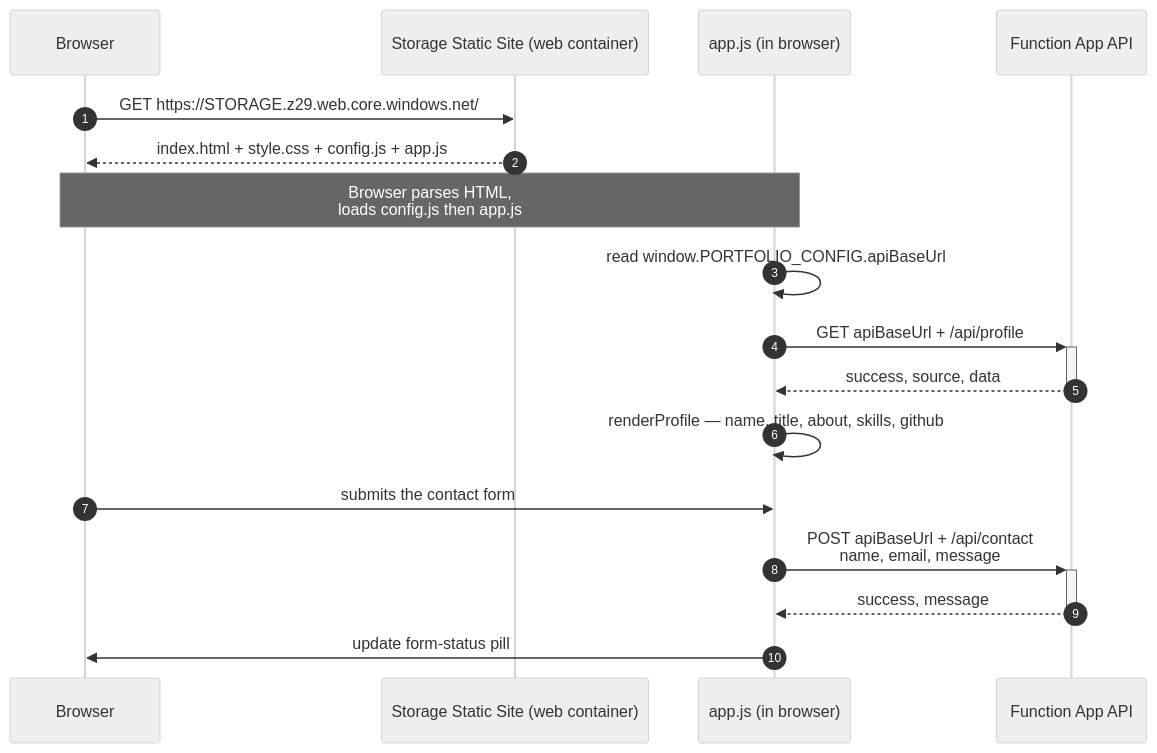
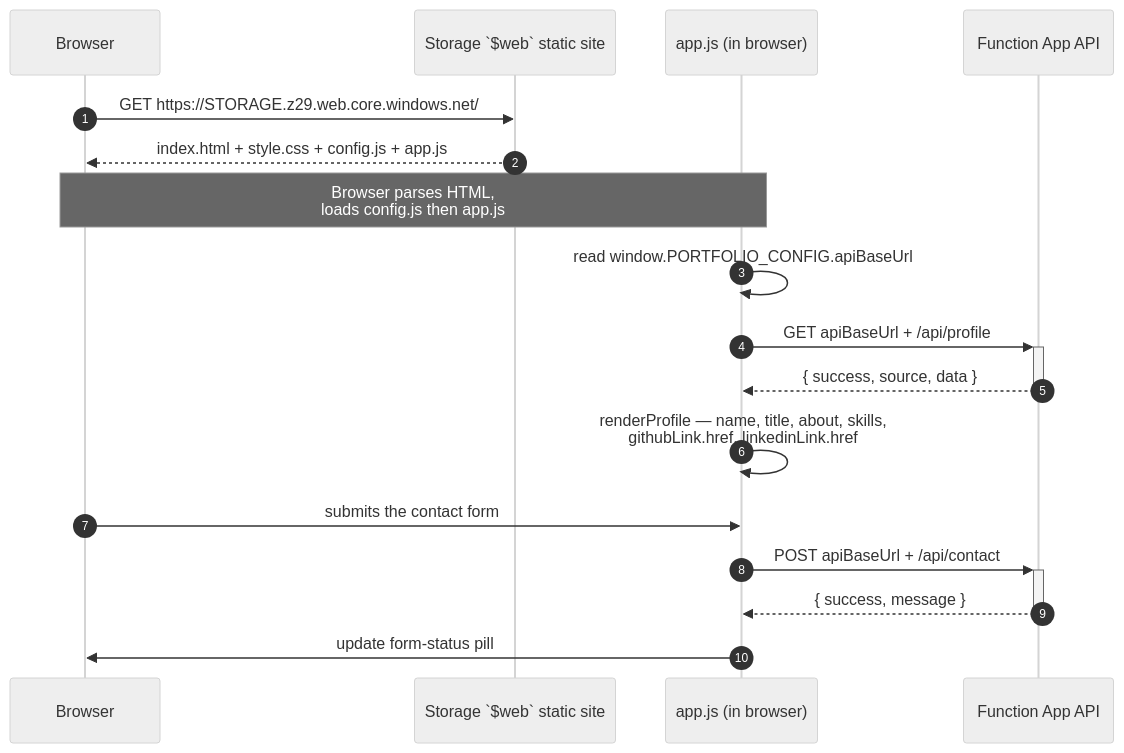
The fifth of 8 diagrams in README.md (ganguly298/Portfolio-project), drawn with Mermaid (neutral theme) before and after one commit. The commit also changed other lines of this file and 13 other files, not shown here.

````diff
--- a/README.md
+++ b/README.md
@@ -397,22 +406,21 @@
 ```mermaid
 sequenceDiagram
     autonumber
     participant U as Browser
-    participant W as Storage Static Site (web container)
+    participant W as Storage `$web` static site
     participant J as app.js (in browser)
     participant API as Function App API
 
     U->>W: GET https://STORAGE.z29.web.core.windows.net/
     W-->>U: index.html + style.css + config.js + app.js
-
     Note over U,J: Browser parses HTML,<br/>loads config.js then app.js
     J->>J: read window.PORTFOLIO_CONFIG.apiBaseUrl
     J->>+API: GET apiBaseUrl + /api/profile
-    API-->>-J: success, source, data
-    J->>J: renderProfile — name, title, about, skills, github
+    API-->>-J: { success, source, data }
+    J->>J: renderProfile — name, title, about, skills,<br/>githubLink.href, linkedinLink.href
 
     U->>J: submits the contact form
-    J->>+API: POST apiBaseUrl + /api/contact<br/>name, email, message
-    API-->>-J: success, message
+    J->>+API: POST apiBaseUrl + /api/contact
+    API-->>-J: { success, message }
     J->>U: update form-status pill
 ```
````
